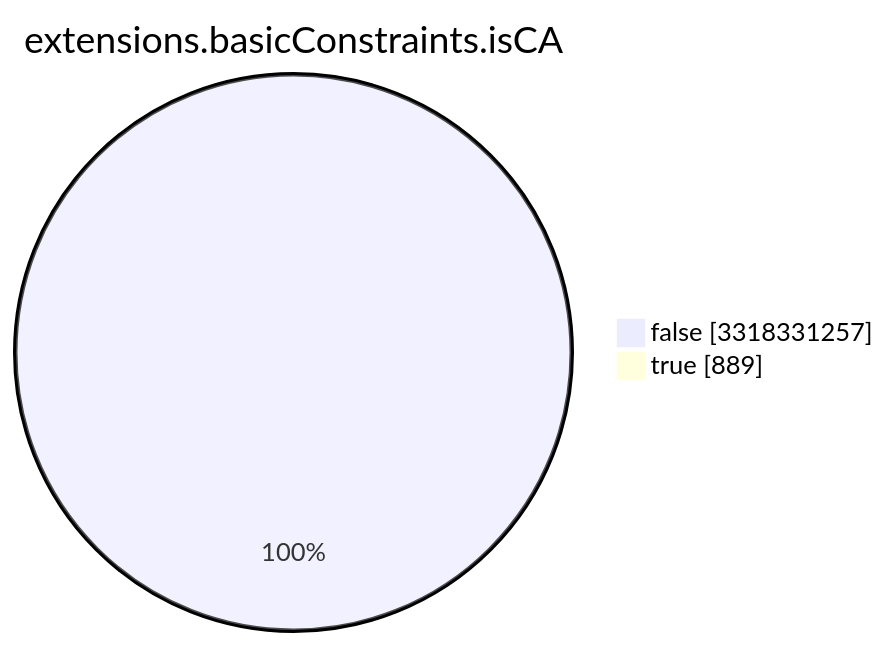
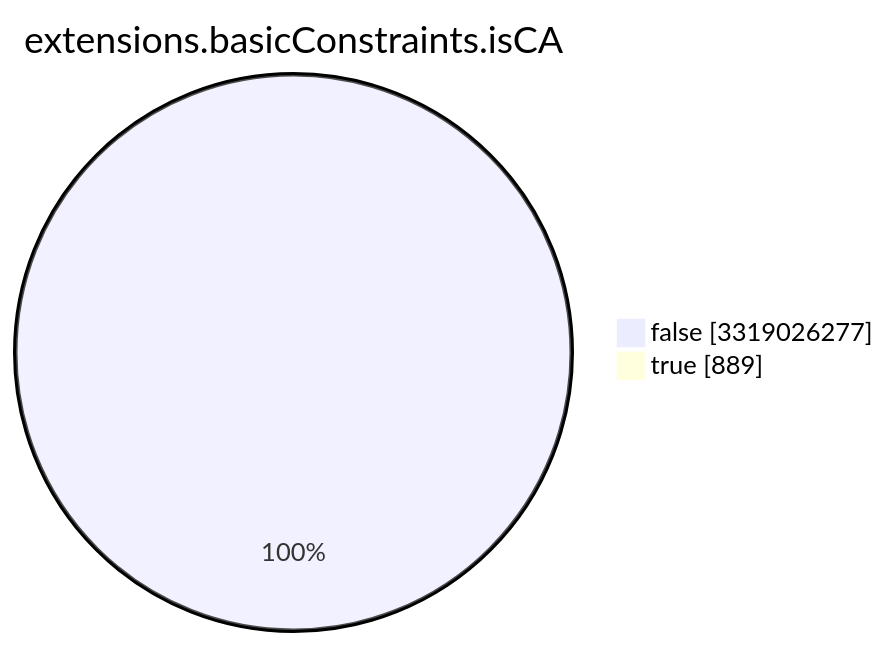
One commit to christiankrug/ctmonitor_visualization changed the seventh of 15 diagrams in TOTAL/README.md. Above: the diagram before and after it, drawn with Mermaid. The commit also changed other lines of this file, not shown here.

````diff
--- a/TOTAL/README.md
+++ b/TOTAL/README.md
@@ -3089,6 +3089,6 @@
 ```mermaid
 pie showData
 title extensions.basicConstraints.isCA
-"false" :3318331257
+"false" :3319026277
 "true" :889
 ```
````
